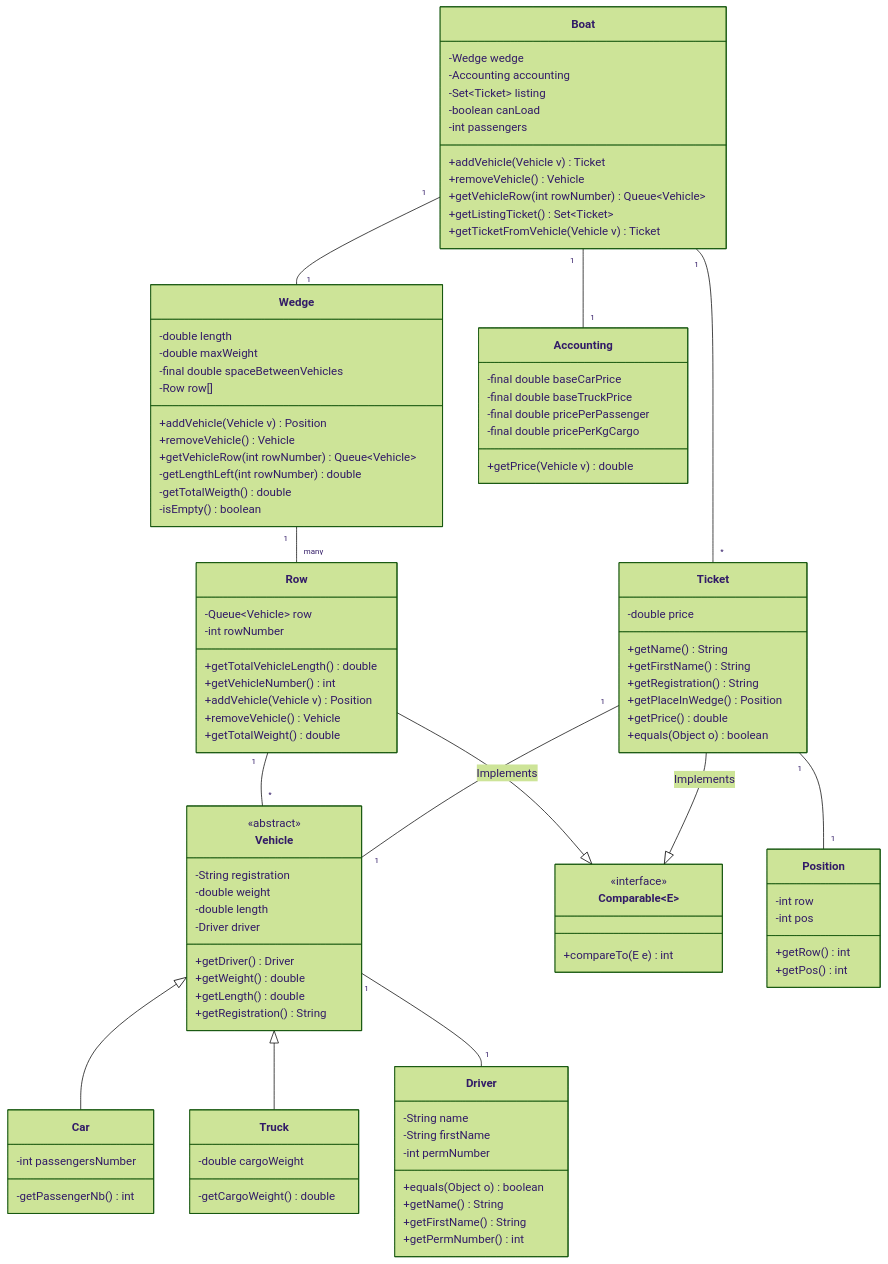
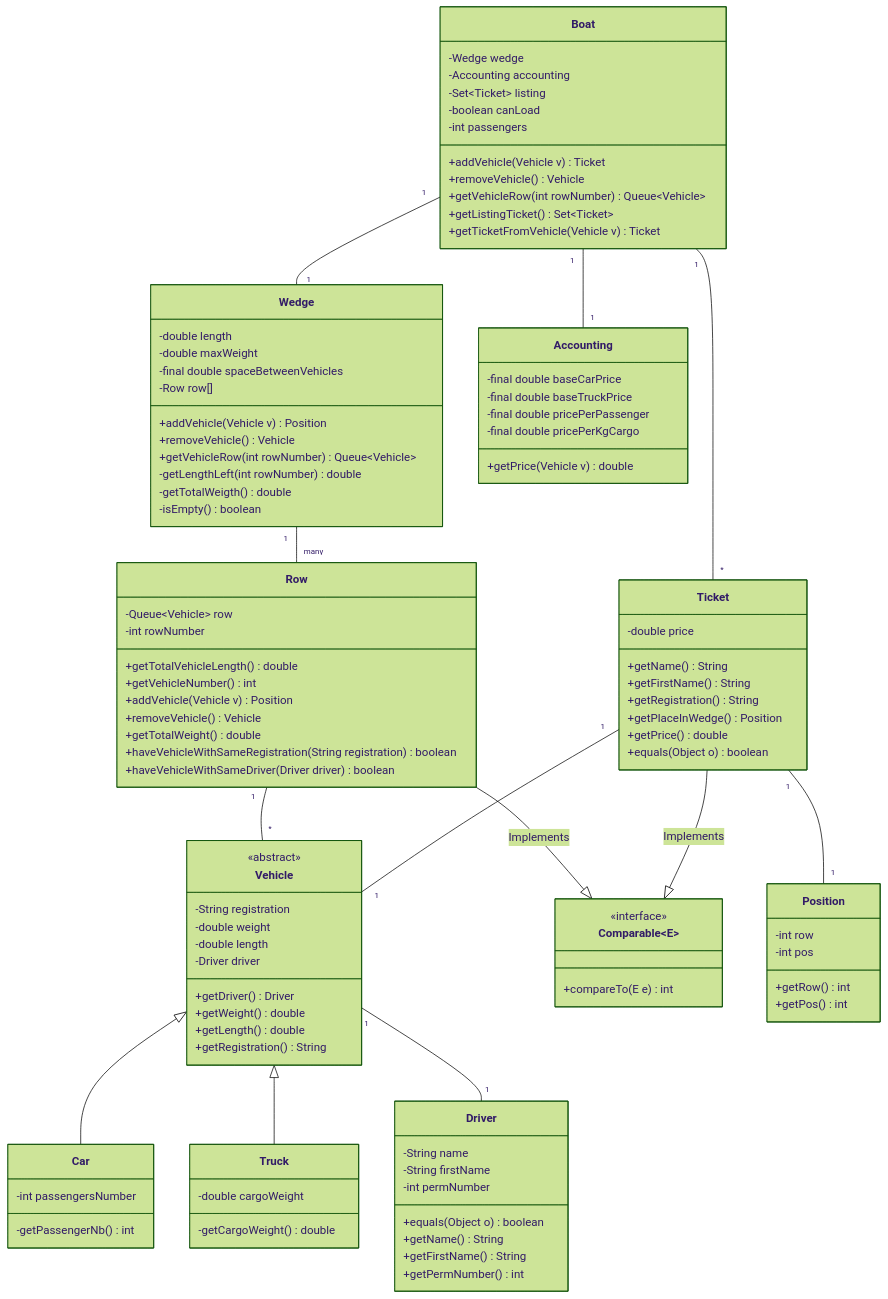
One commit to thebosslol66/OBERON_GROSDIDIER_CARFERRY changed the diagram in README.md. Above: the diagram before and after it, drawn with Mermaid (forest theme). The commit also changed other lines of this file and 12 other files, not shown here.

```diff
--- a/README.md
+++ b/README.md
@@ -162,6 +162,8 @@
     +addVehicle(Vehicle v) Position
     +removeVehicle() Vehicle
     +getTotalWeight() double
+    +haveVehicleWithSameRegistration(String registration) boolean
+    +haveVehicleWithSameDriver(Driver driver) boolean
 }
 
 class Wedge {
```
